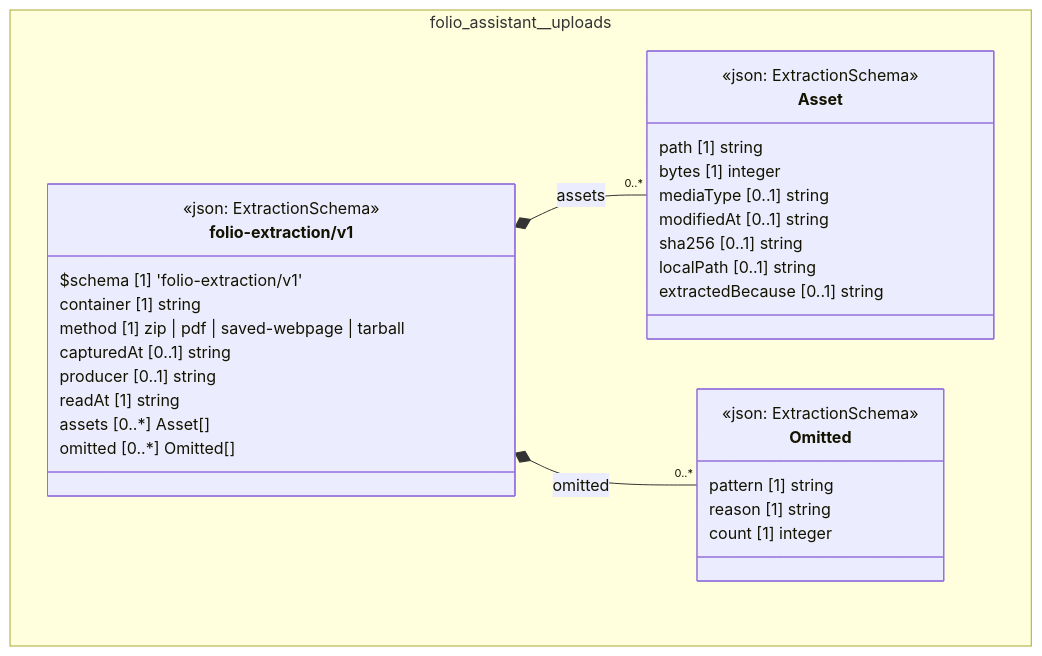
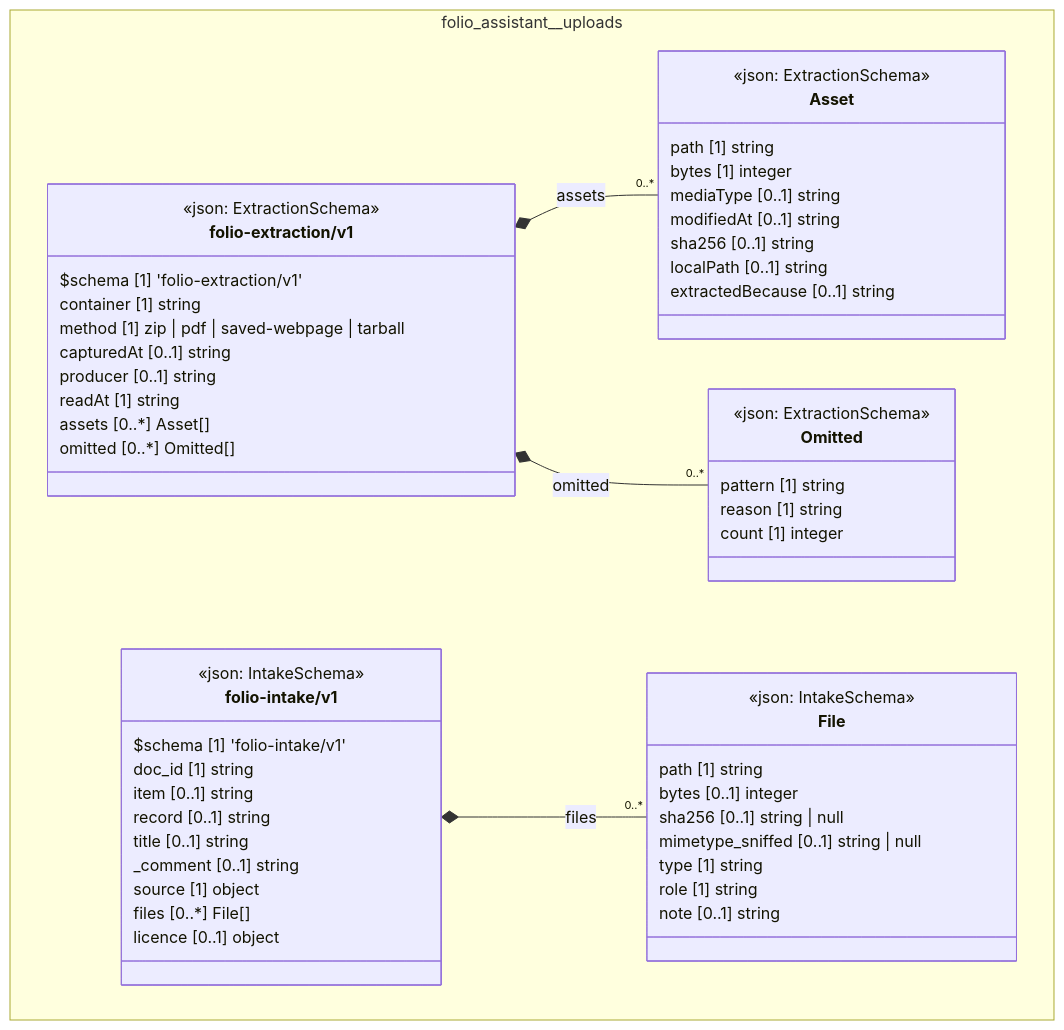
Before and after one commit to litlfred/folio-assistant: the diagram in cat-harness/docs/uml/overview/folio-assistant/uploads.md, drawn with Mermaid. The commit also changed other lines of this file and 53 other files, not shown here.

````diff
--- a/cat-harness/docs/uml/overview/folio-assistant/uploads.md
+++ b/cat-harness/docs/uml/overview/folio-assistant/uploads.md
@@ -42,38 +42,63 @@
 ```mermaid
 classDiagram
   direction TB
   namespace folio_assistant__uploads {
     class folio_assistant_uploads_folio_extraction_v1_Asset["Asset"] {
       <<json: ExtractionSchema>>
       path [1] string
       bytes [1] integer
       mediaType [0..1] string
       modifiedAt [0..1] string
       sha256 [0..1] string
       localPath [0..1] string
       extractedBecause [0..1] string
     }
     class folio_assistant_uploads_folio_extraction_v1_Omitted["Omitted"] {
       <<json: ExtractionSchema>>
       pattern [1] string
       reason [1] string
       count [1] integer
     }
     class folio_assistant_uploads_folio_extraction_v1_folio_extraction_v1["folio-extraction/v1"] {
       <<json: ExtractionSchema>>
       $schema [1] 'folio-extraction/v1'
       container [1] string
       method [1] zip | pdf | saved-webpage | tarball
       capturedAt [0..1] string
       producer [0..1] string
       readAt [1] string
       assets [0..*] Asset[]
       omitted [0..*] Omitted[]
     }
+    class folio_assistant_uploads_folio_intake_v1_File["File"] {
+      <<json: IntakeSchema>>
+      path [1] string
+      bytes [0..1] integer
+      sha256 [0..1] string | null
+      mimetype_sniffed [0..1] string | null
+      type [1] string
+      role [1] string
+      note [0..1] string
+    }
+    class folio_assistant_uploads_folio_intake_v1_folio_intake_v1["folio-intake/v1"] {
+      <<json: IntakeSchema>>
+      $schema [1] 'folio-intake/v1'
+      doc_id [1] string
+      item [0..1] string
+      record [0..1] string
+      title [0..1] string
+      _comment [0..1] string
+      source [1] object
+      files [0..*] File[]
+      licence [0..1] object
+    }
   }
   folio_assistant_uploads_folio_extraction_v1_folio_extraction_v1 *-- "0..*" folio_assistant_uploads_folio_extraction_v1_Asset : assets
   folio_assistant_uploads_folio_extraction_v1_folio_extraction_v1 *-- "0..*" folio_assistant_uploads_folio_extraction_v1_Omitted : omitted
+  folio_assistant_uploads_folio_intake_v1_folio_intake_v1 *-- "0..*" folio_assistant_uploads_folio_intake_v1_File : files
   cssClass "folio_assistant_uploads_folio_extraction_v1_Asset" fa_uml_kind_uploads
   cssClass "folio_assistant_uploads_folio_extraction_v1_Omitted" fa_uml_kind_uploads
   cssClass "folio_assistant_uploads_folio_extraction_v1_folio_extraction_v1" fa_uml_kind_uploads
+  cssClass "folio_assistant_uploads_folio_intake_v1_File" fa_uml_kind_uploads
+  cssClass "folio_assistant_uploads_folio_intake_v1_folio_intake_v1" fa_uml_kind_uploads
 ```
````
